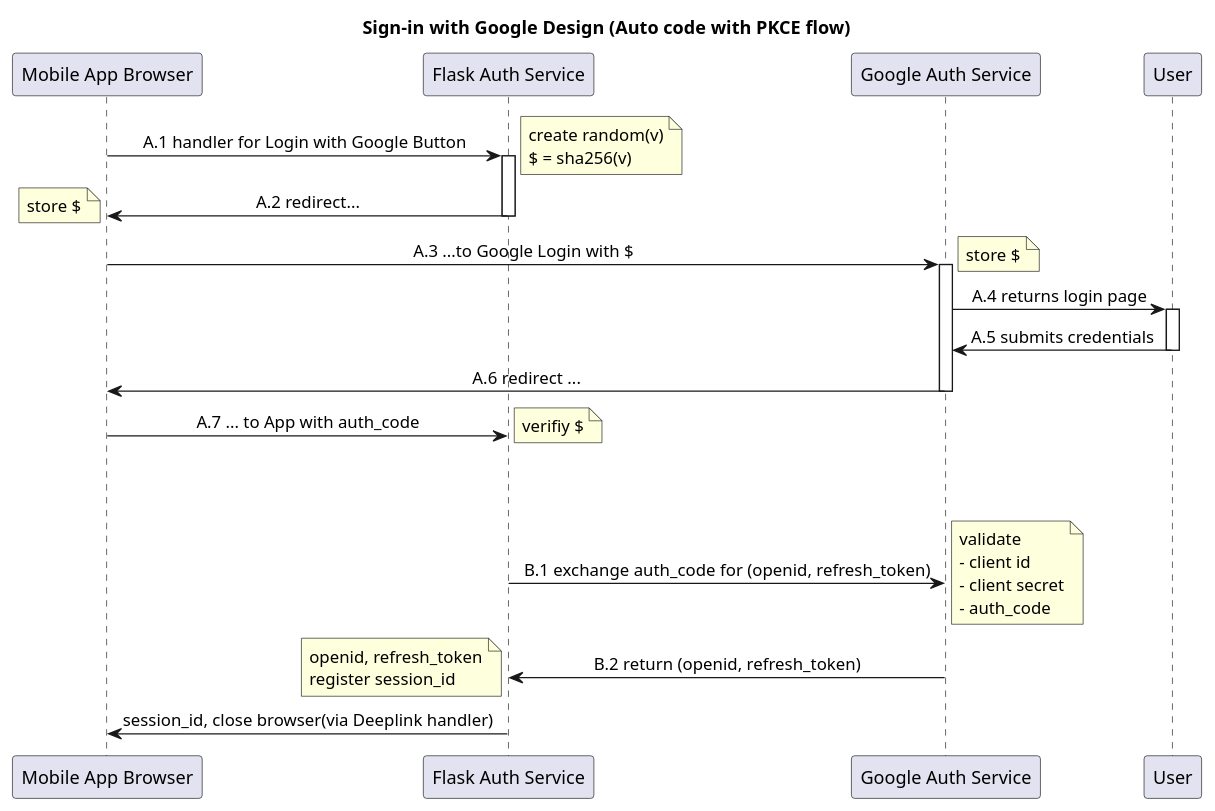
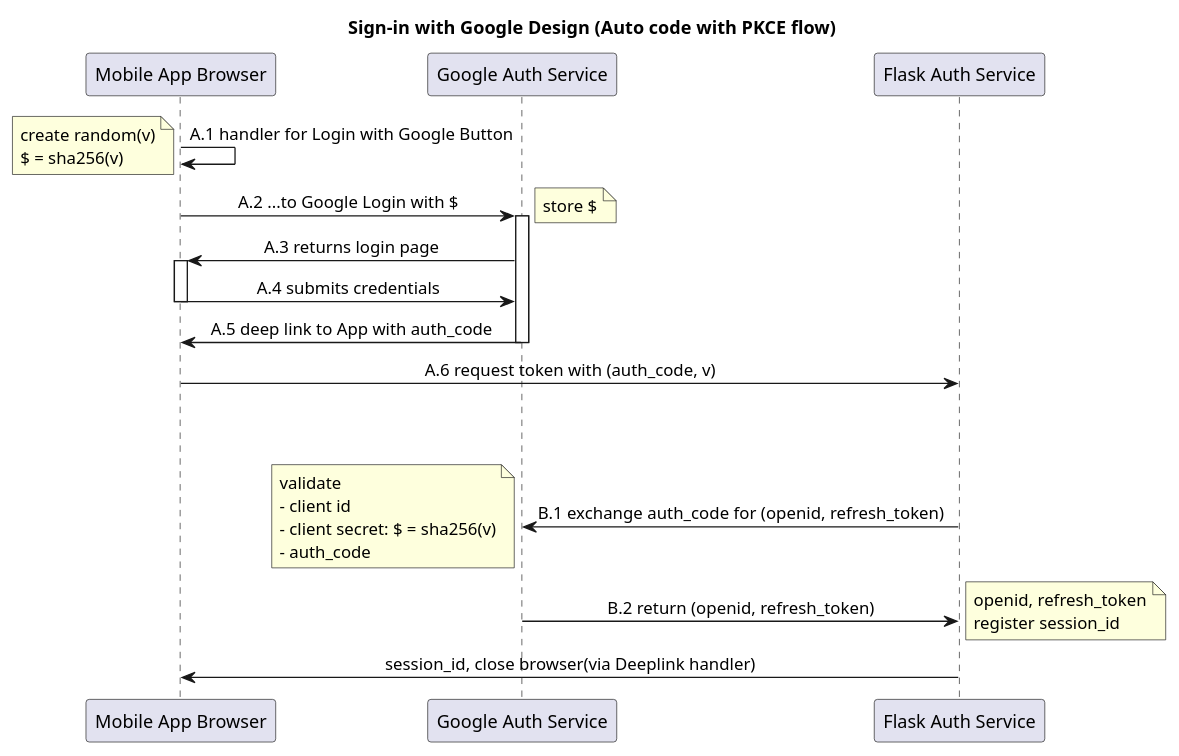
One commit to mkmojo/mkmojo.github.io changed the diagram in img/user-auth-design/login-with-google.wsd. Above: the diagram before and after it, drawn with PlantUML. The commit also changed 4 other files, not shown here.

```diff
--- a/img/user-auth-design/login-with-google.wsd
+++ b/img/user-auth-design/login-with-google.wsd
@@ -1,44 +1,38 @@
 @startuml
 skinparam SequenceMessageAlignment center
 
 title Sign-in with Google Design (Auto code with PKCE flow)
-"Mobile App Browser" -> "Flask Auth Service" : A.1 handler for Login with Google Button 
-activate "Flask Auth Service"
-note right
+"Mobile App Browser" -> "Mobile App Browser" : A.1 handler for Login with Google Button 
+note left
 create random(v)
 $ = sha256(v)
 end note
-"Mobile App Browser" <- "Flask Auth Service": A.2 redirect...
-note left: store $
-deactivate "Flask Auth Service"
 
-
-"Mobile App Browser" -> "Google Auth Service": A.3 ...to Google Login with $
+"Mobile App Browser" -> "Google Auth Service": A.2 ...to Google Login with $
 activate "Google Auth Service"
 note right: store $
-"User" <- "Google Auth Service": A.4 returns login page
+"Mobile App Browser" <- "Google Auth Service": A.3 returns login page
 
-activate "User"
-"User" -> "Google Auth Service": A.5 submits credentials
-deactivate "User"
-"Mobile App Browser" <- "Google Auth Service" : A.6 redirect ...
+activate "Mobile App Browser"
+"Mobile App Browser" -> "Google Auth Service": A.4 submits credentials
+deactivate "Mobile App Browser"
+"Mobile App Browser" <- "Google Auth Service" : A.5 deep link to App with auth_code
 deactivate "Google Auth Service"
-"Mobile App Browser" -> "Flask Auth Service" : A.7 ... to App with auth_code
-note right: verifiy $
+"Mobile App Browser" -> "Flask Auth Service" : A.6 request token with (auth_code, v)
 |||
 |||
 "Flask Auth Service" -> "Google Auth Service": B.1 exchange auth_code for (openid, refresh_token)
-note right
+note left
     validate 
     - client id
-    - client secret
+    - client secret: $ = sha256(v)
     - auth_code
 end note
 "Google Auth Service" -> "Flask Auth Service": B.2 return (openid, refresh_token)
-note left
+note right
     openid, refresh_token
     register session_id
 end note
 "Flask Auth Service" -> "Mobile App Browser": session_id, close browser(via Deeplink handler)
 
 @enduml
```
